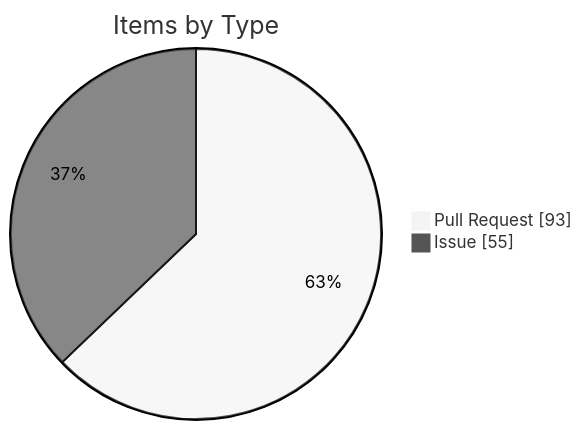
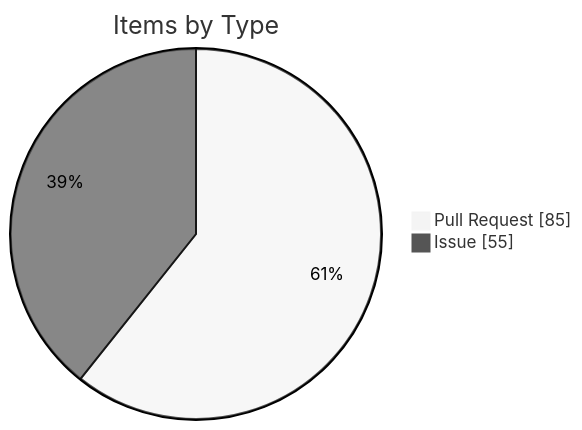
The fourth of 4 diagrams in apps/kbve/astro-kbve/src/content/docs/dashboard/kanban-data.mdx (KBVE/kbve), drawn with Mermaid (neutral theme) before and after one commit. The commit also changed other lines of this file and 7 other files, not shown here.

````diff
--- a/apps/kbve/astro-kbve/src/content/docs/dashboard/kanban-data.mdx
+++ b/apps/kbve/astro-kbve/src/content/docs/dashboard/kanban-data.mdx
@@ -116,6 +116,6 @@
 ```mermaid
 pie showData
     title Items by Type
-    "Pull Request" : 93
+    "Pull Request" : 85
     "Issue" : 55
 ```
````
